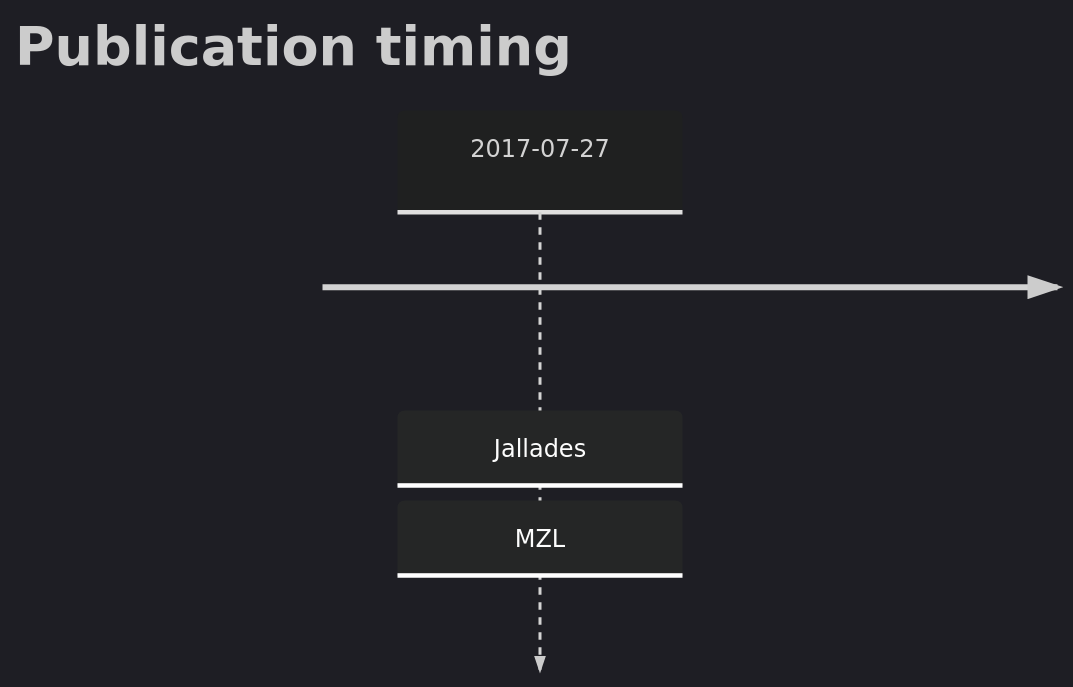
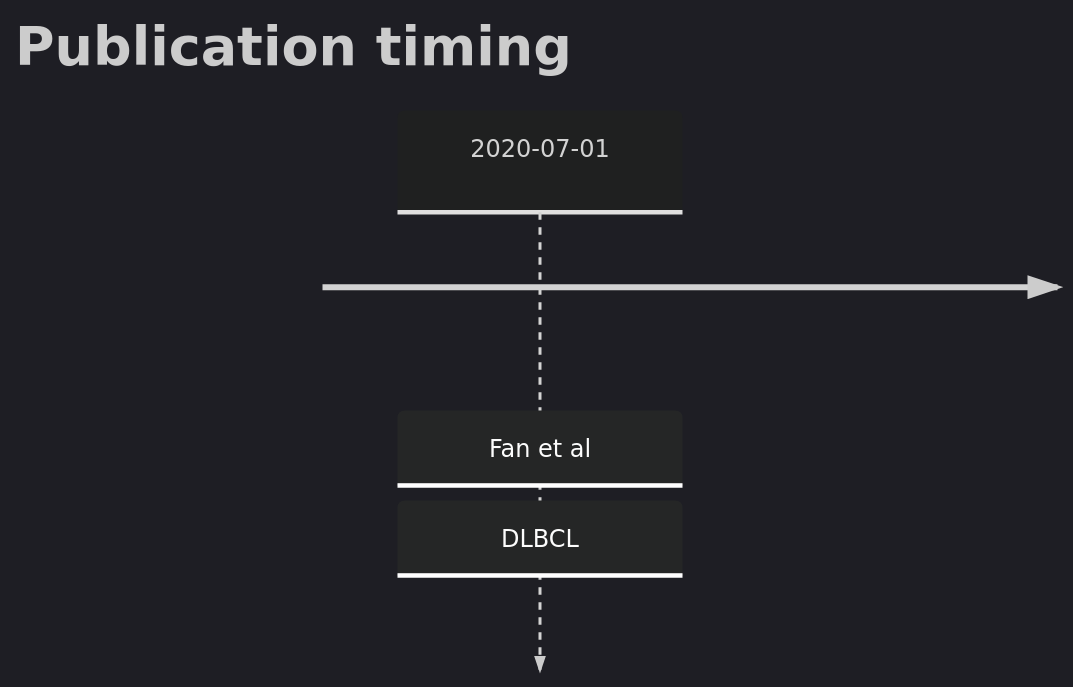
One commit to morinlab/lymphopedia changed the diagram in mermaid_RAF1.md. Above: the diagram before and after it, drawn with Mermaid. The commit also changed other lines of this file and 6 other files, not shown here.

````diff
--- a/mermaid_RAF1.md
+++ b/mermaid_RAF1.md
@@ -2,6 +2,6 @@
 ```mermaid
 %%{init: { 'logLevel': 'debug', 'theme': 'dark' } }%%
 timeline
     title Publication timing
-      2017-07-27 : Jallades : MZL
+       2020-07-01: Fan et al : DLBCL
 ```
````
